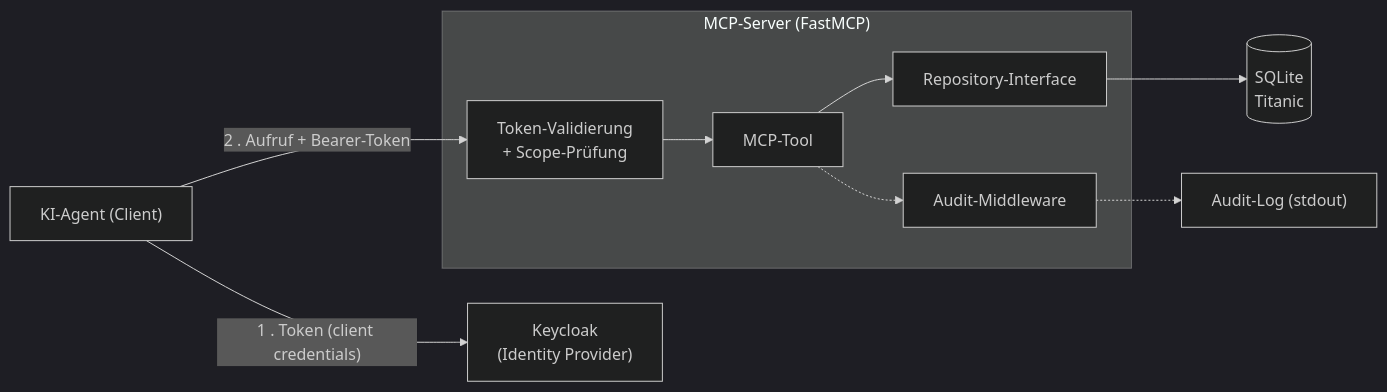
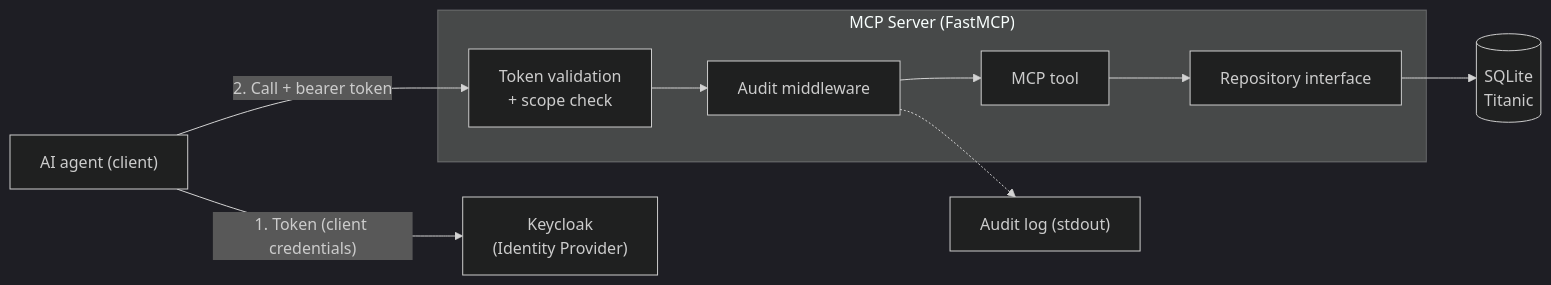
The diagram in docs/index.md (flitzpiepe93/mcp-server), drawn with Mermaid (dark theme) before and after one commit. The commit also changed other lines of this file and 14 other files, not shown here.

````diff
--- a/docs/index.md
+++ b/docs/index.md
@@ -55,23 +53,23 @@
 ```mermaid
 flowchart LR
-    Agent["KI-Agent (Client)"]
+    Agent["AI agent (client)"]
     KC["Keycloak<br/>(Identity Provider)"]
 
-    subgraph Server["MCP-Server (FastMCP)"]
-        Auth["Token-Validierung<br/>+ Scope-Prüfung"]
-        Tool["MCP-Tool"]
-        Audit["Audit-Middleware"]
-        Repo["Repository-Interface"]
+    subgraph Server["MCP Server (FastMCP)"]
+        Auth["Token validation<br/>+ scope check"]
+        Tool["MCP tool"]
+        Audit["Audit middleware"]
+        Repo["Repository interface"]
     end
 
     DB[("SQLite<br/>Titanic")]
-    Log["Audit-Log (stdout)"]
+    Log["Audit log (stdout)"]
 
-    Agent -- "1 . Token (client credentials)" --> KC
-    Agent -- "2 . Aufruf + Bearer-Token" --> Auth
-    Auth --> Tool
+    Agent -- "1. Token (client credentials)" --> KC
+    Agent -- "2. Call + bearer token" --> Auth
+    Auth --> Audit
+    Audit --> Tool
     Tool --> Repo
     Repo --> DB
-    Tool -.-> Audit
     Audit -.-> Log
 ```
````
